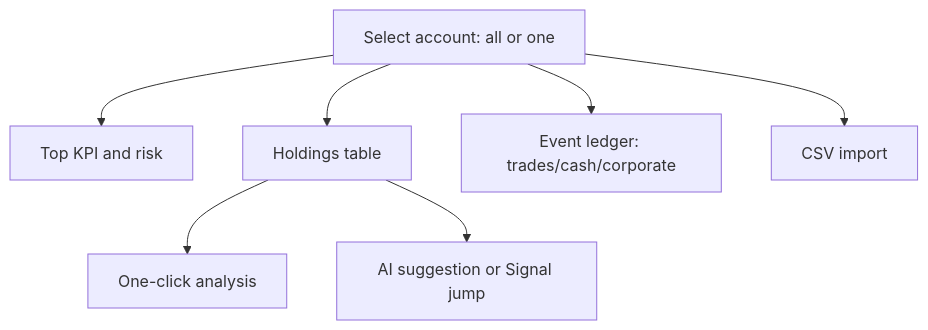
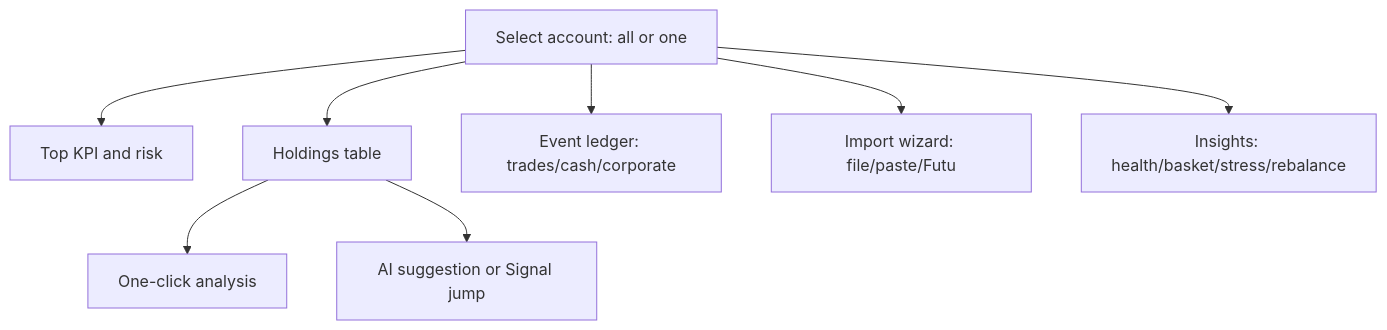
Before and after one commit to SiinXu/stock-pulse-ai: the diagram in docs/ui-manual/07-portfolio_EN.md, drawn with Mermaid. The commit also changed other lines of this file and 69 other files, not shown here.

````diff
--- a/docs/ui-manual/07-portfolio_EN.md
+++ b/docs/ui-manual/07-portfolio_EN.md
@@ -35,9 +35,10 @@
 ```mermaid
 flowchart TB
   A[Select account: all or one] --> B[Top KPI and risk]
   A --> C[Holdings table]
   A --> D[Event ledger: trades/cash/corporate]
-  A --> E[CSV import]
+  A --> E[Import wizard: file/paste/Futu]
+  A --> H[Insights: health/basket/stress/rebalance]
   C --> F[One-click analysis]
   C --> G[AI suggestion or Signal jump]
 ```
````
